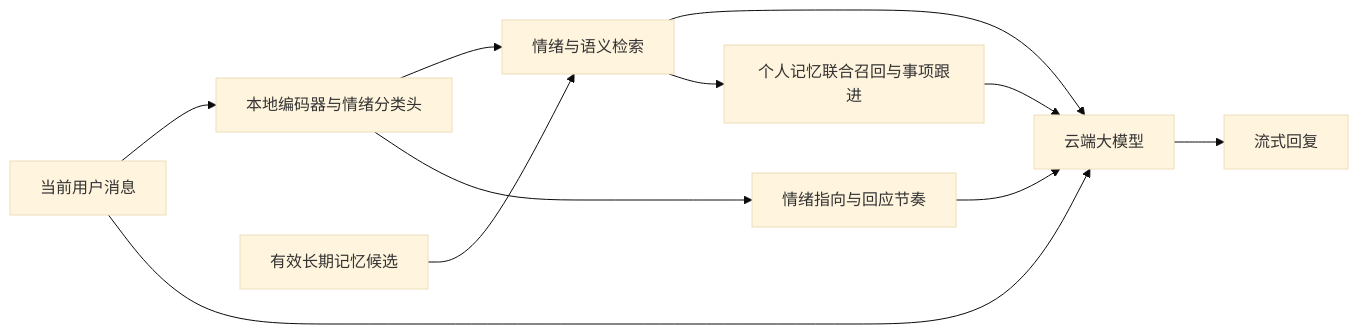
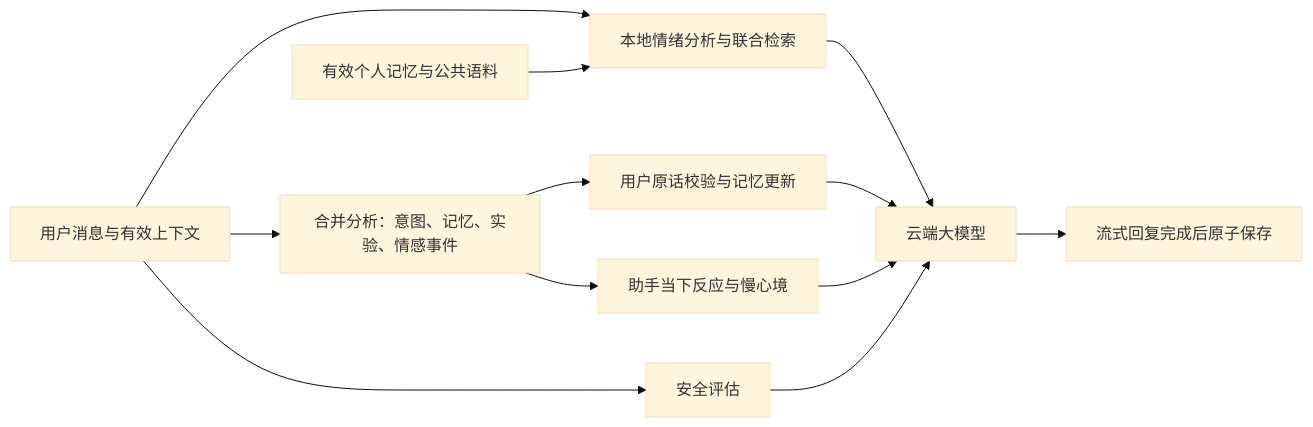
Before and after one commit to yuejain/empathy-agent: the diagram in README.md, drawn with Mermaid (base theme). The commit also changed other lines of this file, not shown here.

````diff
--- a/README.md
+++ b/README.md
@@ -93,13 +93,14 @@
 ```mermaid
 flowchart LR
-  U[当前用户消息] --> L[本地编码器与情绪分类头]
-  L --> R[情绪与语义检索]
-  R --> C[云端大模型]
-  L --> D[情绪指向与回应节奏]
-  D --> C
-  U --> C
-  M[有效长期记忆候选] --> R
-  R --> J[个人记忆联合召回与事项跟进]
-  J --> C
-  C --> S[流式回复]
+  U[用户消息与有效上下文] --> L[本地情绪分析与联合检索]
+  U --> A[合并分析：意图、记忆、实验、情感事件]
+  U --> G[安全评估]
+  M[有效个人记忆与公共语料] --> L
+  A --> F[助手当下反应与慢心境]
+  A --> V[用户原话校验与记忆更新]
+  L --> C[云端大模型]
+  V --> C
+  F --> C
+  G --> C
+  C --> S[流式回复完成后原子保存]
 ```
````
